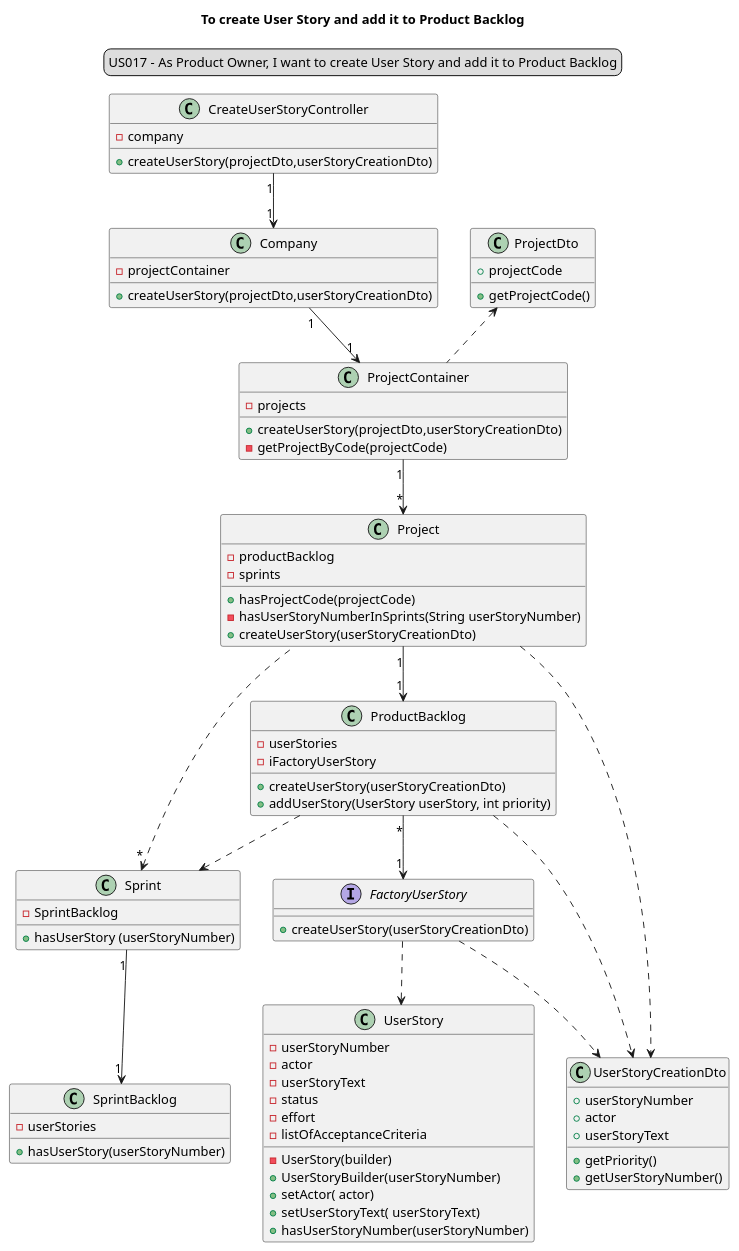
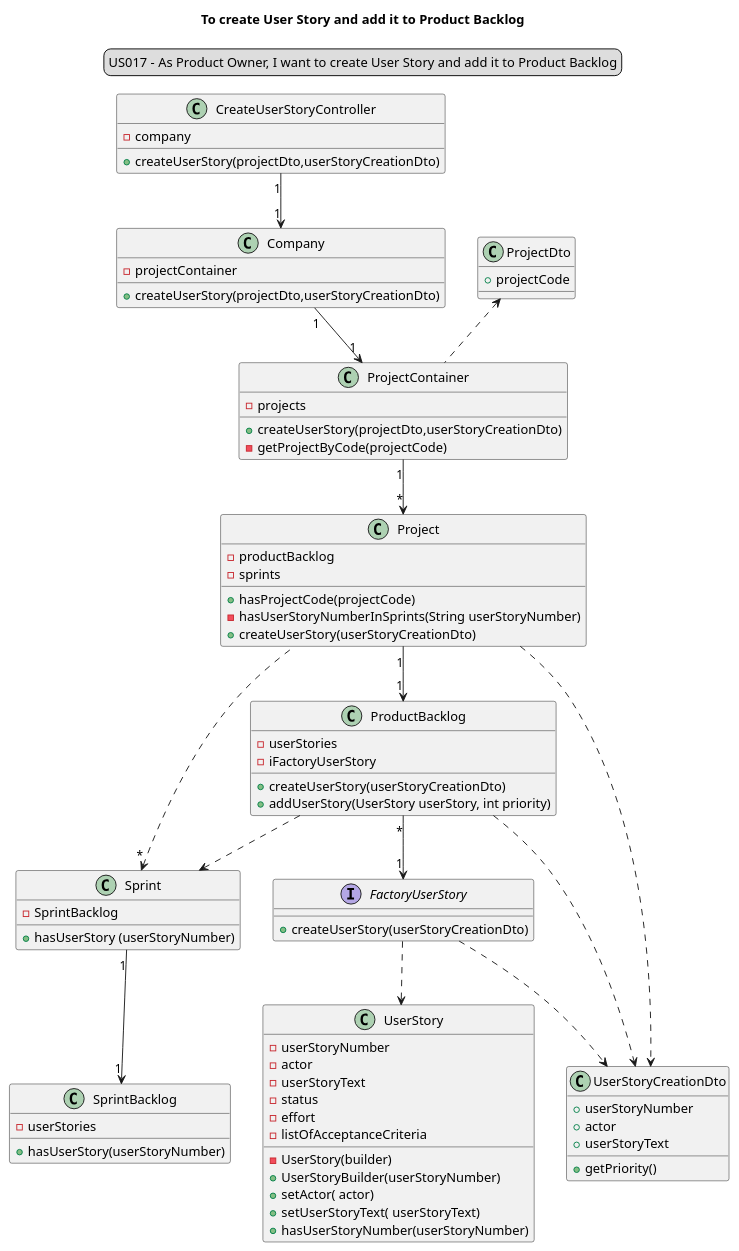
One commit to Loracline/project_switch_22-23 changed the diagram in docs/modelling_design/user_stories/sprint03/us017/US017_classDiagram.puml. Above: the diagram before and after it, drawn with PlantUML.

Commit message:
US017: design: update classDiagram addresses #94

```diff
--- a/docs/modelling_design/user_stories/sprint03/us017/US017_classDiagram.puml
+++ b/docs/modelling_design/user_stories/sprint03/us017/US017_classDiagram.puml
@@ -1,96 +1,94 @@
 @startuml
 'https://plantuml.com/sequence-diagram
 legend top
 US017 - As Product Owner, I want to create User Story and add it to Product Backlog
 end legend
 skinparam sequenceMessageAlign center
 title To create User Story and add it to Product Backlog
 
 class "CreateUserStoryController" {
 - company
 + createUserStory(projectDto,userStoryCreationDto)
 }
 
 class "Company" {
 - projectContainer
 + createUserStory(projectDto,userStoryCreationDto)
 }
 
 
 class "ProjectContainer" {
 - projects
 + createUserStory(projectDto,userStoryCreationDto)
 -getProjectByCode(projectCode)
 }
 
 class "Project"{
 - productBacklog
 - sprints
 + hasProjectCode(projectCode)
 - hasUserStoryNumberInSprints(String userStoryNumber)
 + createUserStory(userStoryCreationDto)
 
 
 }
 class "Sprint"{
 -SprintBacklog
 +hasUserStory (userStoryNumber)
 }
 
 class "SprintBacklog"{
 -userStories
 +hasUserStory(userStoryNumber)
 }
 
 class "ProductBacklog" {
 - userStories
 -iFactoryUserStory
 + createUserStory(userStoryCreationDto)
 + addUserStory(UserStory userStory, int priority)
 }
 class "UserStory"{
 - userStoryNumber
 - actor
 - userStoryText
 - status
 - effort
 - listOfAcceptanceCriteria
 -UserStory(builder)
 +UserStoryBuilder(userStoryNumber)
 +setActor( actor)
 +setUserStoryText( userStoryText)
 +hasUserStoryNumber(userStoryNumber)
 }
 
 
 interface "FactoryUserStory" {
 + createUserStory(userStoryCreationDto)
 }
 class "UserStoryCreationDto"{
 +userStoryNumber
 +actor
 +userStoryText
 +getPriority()
-+getUserStoryNumber()
 }
 class "ProjectDto"{
 +projectCode
-+getProjectCode()
 
 }
 
 "CreateUserStoryController""1"-->"1" "Company"
 "Company" "1"--> "1" "ProjectContainer"
 "ProjectContainer" "1"-->"*" "Project"
 "Project" "1" -->"1" "ProductBacklog"
 "Sprint" "*"<.. "Project"
 "ProductBacklog" "*" --> "1""FactoryUserStory"
 "FactoryUserStory" ..> "UserStory"
 "ProjectDto"<.. "ProjectContainer"
 "ProductBacklog" ..> "Sprint"
 "Sprint" "1"-->"1" "SprintBacklog"
 "Project" ..> "UserStoryCreationDto"
 "ProductBacklog" ..> "UserStoryCreationDto"
 "FactoryUserStory" ..> "UserStoryCreationDto"
 
 @enduml
```
